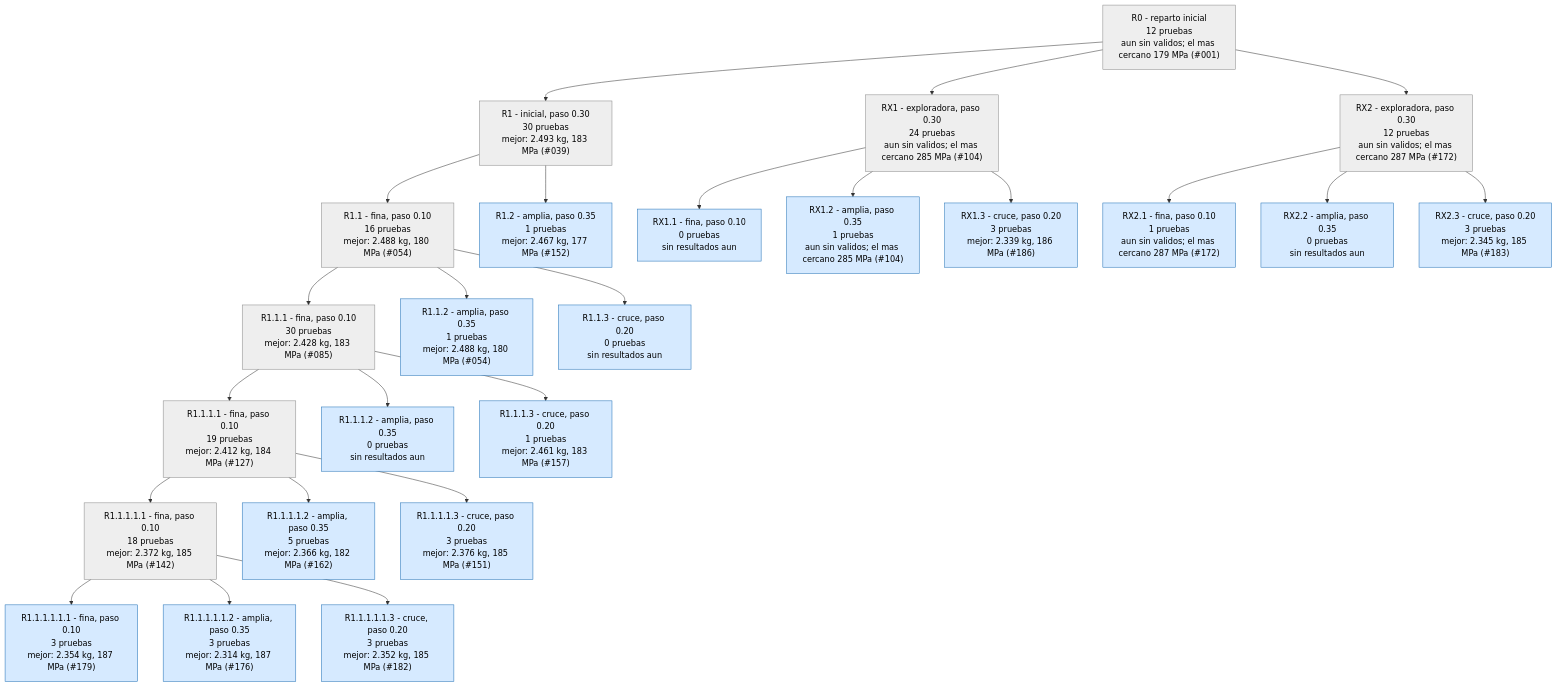
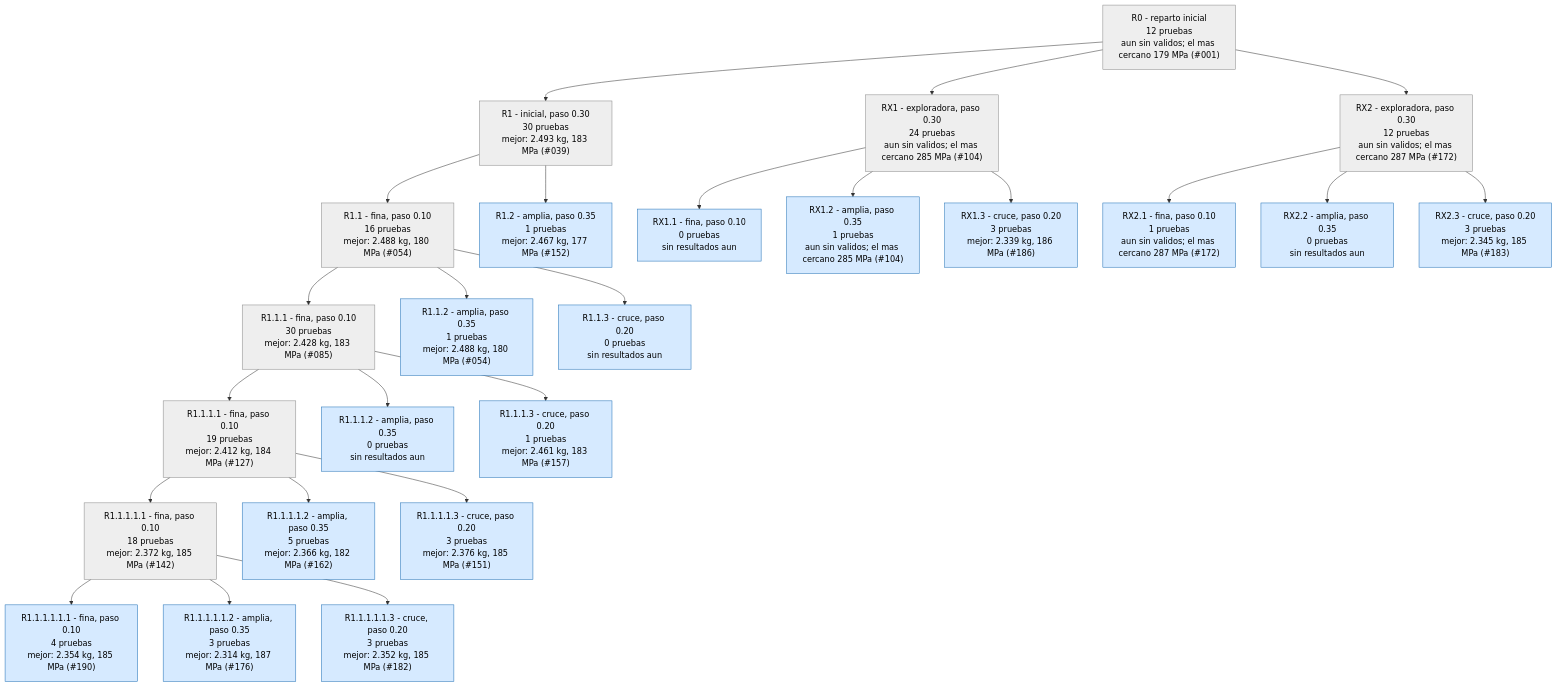
One commit to Hugiko/msd-soporte-optimizacion changed the second of 4 diagrams in runs/opt_37800N/ARBOL.md. Above: the diagram before and after it, drawn with Mermaid. The commit also changed 22 other files, not shown here.

````diff
--- a/runs/opt_37800N/ARBOL.md
+++ b/runs/opt_37800N/ARBOL.md
@@ -41,53 +41,53 @@
 ```mermaid
 graph TD
 classDef activa fill:#d6eaff,stroke:#1f6fb5,color:#000
 classDef fin fill:#eeeeee,stroke:#888,color:#000
 classDef mejor fill:#c8f0c0,stroke:#1a9850,stroke-width:4px,color:#000
 R0["R0 - reparto inicial<br/>12 pruebas<br/>aun sin validos; el mas cercano 179 MPa (#001)"]:::fin
 R1["R1 - inicial, paso 0.30<br/>30 pruebas<br/>mejor: 2.493 kg, 183 MPa (#039)"]:::fin
 R0 --> R1
 R1_1["R1.1 - fina, paso 0.10<br/>16 pruebas<br/>mejor: 2.488 kg, 180 MPa (#054)"]:::fin
 R1 --> R1_1
 R1_2["R1.2 - amplia, paso 0.35<br/>1 pruebas<br/>mejor: 2.467 kg, 177 MPa (#152)"]:::activa
 R1 --> R1_2
 R1_1_1["R1.1.1 - fina, paso 0.10<br/>30 pruebas<br/>mejor: 2.428 kg, 183 MPa (#085)"]:::fin
 R1_1 --> R1_1_1
 R1_1_2["R1.1.2 - amplia, paso 0.35<br/>1 pruebas<br/>mejor: 2.488 kg, 180 MPa (#054)"]:::activa
 R1_1 --> R1_1_2
 R1_1_3["R1.1.3 - cruce, paso 0.20<br/>0 pruebas<br/>sin resultados aun"]:::activa
 R1_1 --> R1_1_3
 R1_1_1_1["R1.1.1.1 - fina, paso 0.10<br/>19 pruebas<br/>mejor: 2.412 kg, 184 MPa (#127)"]:::fin
 R1_1_1 --> R1_1_1_1
 R1_1_1_2["R1.1.1.2 - amplia, paso 0.35<br/>0 pruebas<br/>sin resultados aun"]:::activa
 R1_1_1 --> R1_1_1_2
 R1_1_1_3["R1.1.1.3 - cruce, paso 0.20<br/>1 pruebas<br/>mejor: 2.461 kg, 183 MPa (#157)"]:::activa
 R1_1_1 --> R1_1_1_3
 RX1["RX1 - exploradora, paso 0.30<br/>24 pruebas<br/>aun sin validos; el mas cercano 285 MPa (#104)"]:::fin
 R0 --> RX1
 RX1_1["RX1.1 - fina, paso 0.10<br/>0 pruebas<br/>sin resultados aun"]:::activa
 RX1 --> RX1_1
 RX1_2["RX1.2 - amplia, paso 0.35<br/>1 pruebas<br/>aun sin validos; el mas cercano 285 MPa (#104)"]:::activa
 RX1 --> RX1_2
 RX1_3["RX1.3 - cruce, paso 0.20<br/>3 pruebas<br/>mejor: 2.339 kg, 186 MPa (#186)"]:::activa
 RX1 --> RX1_3
 R1_1_1_1_1["R1.1.1.1.1 - fina, paso 0.10<br/>18 pruebas<br/>mejor: 2.372 kg, 185 MPa (#142)"]:::fin
 R1_1_1_1 --> R1_1_1_1_1
 R1_1_1_1_2["R1.1.1.1.2 - amplia, paso 0.35<br/>5 pruebas<br/>mejor: 2.366 kg, 182 MPa (#162)"]:::activa
 R1_1_1_1 --> R1_1_1_1_2
 R1_1_1_1_3["R1.1.1.1.3 - cruce, paso 0.20<br/>3 pruebas<br/>mejor: 2.376 kg, 185 MPa (#151)"]:::activa
 R1_1_1_1 --> R1_1_1_1_3
-R1_1_1_1_1_1["R1.1.1.1.1.1 - fina, paso 0.10<br/>3 pruebas<br/>mejor: 2.354 kg, 187 MPa (#179)"]:::activa
+R1_1_1_1_1_1["R1.1.1.1.1.1 - fina, paso 0.10<br/>4 pruebas<br/>mejor: 2.354 kg, 185 MPa (#190)"]:::activa
 R1_1_1_1_1 --> R1_1_1_1_1_1
 R1_1_1_1_1_2["R1.1.1.1.1.2 - amplia, paso 0.35<br/>3 pruebas<br/>mejor: 2.314 kg, 187 MPa (#176)"]:::activa
 R1_1_1_1_1 --> R1_1_1_1_1_2
 R1_1_1_1_1_3["R1.1.1.1.1.3 - cruce, paso 0.20<br/>3 pruebas<br/>mejor: 2.352 kg, 185 MPa (#182)"]:::activa
 R1_1_1_1_1 --> R1_1_1_1_1_3
 RX2["RX2 - exploradora, paso 0.30<br/>12 pruebas<br/>aun sin validos; el mas cercano 287 MPa (#172)"]:::fin
 R0 --> RX2
 RX2_1["RX2.1 - fina, paso 0.10<br/>1 pruebas<br/>aun sin validos; el mas cercano 287 MPa (#172)"]:::activa
 RX2 --> RX2_1
 RX2_2["RX2.2 - amplia, paso 0.35<br/>0 pruebas<br/>sin resultados aun"]:::activa
 RX2 --> RX2_2
 RX2_3["RX2.3 - cruce, paso 0.20<br/>3 pruebas<br/>mejor: 2.345 kg, 185 MPa (#183)"]:::activa
 RX2 --> RX2_3
 ```
````
